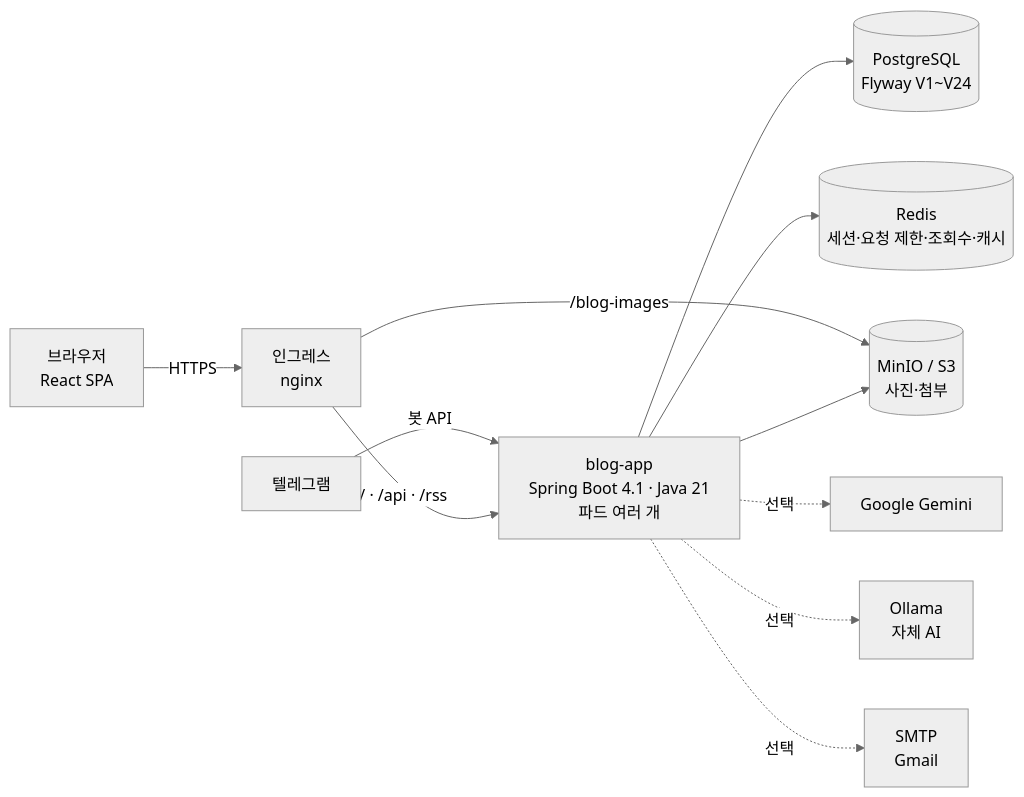
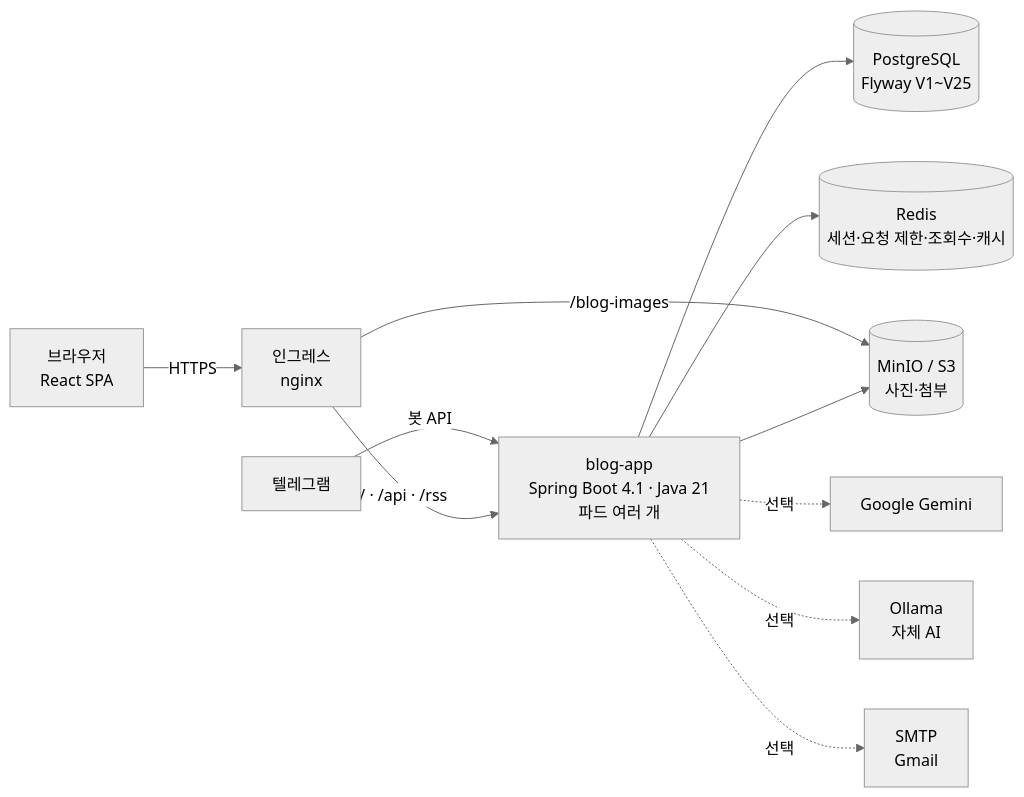
One commit to AIGJ-01-002-blog/.github changed the first of 3 diagrams in profile/README.md. Above: the diagram before and after it, drawn with Mermaid (neutral theme). The commit also changed other lines of this file, not shown here.

````diff
--- a/profile/README.md
+++ b/profile/README.md
@@ -149,13 +149,13 @@
 ```mermaid
 flowchart LR
     B[브라우저<br/>React SPA] -->|HTTPS| I[인그레스<br/>nginx]
     T[텔레그램] -->|봇 API| A
     I -->|/ · /api · /rss| A[blog-app<br/>Spring Boot 4.1 · Java 21<br/>파드 여러 개]
     I -->|/blog-images| M[(MinIO / S3<br/>사진·첨부)]
-    A --> P[(PostgreSQL<br/>Flyway V1~V24)]
+    A --> P[(PostgreSQL<br/>Flyway V1~V25)]
     A --> R[(Redis<br/>세션·요청 제한·조회수·캐시)]
     A --> M
     A -.선택.-> G[Google Gemini]
     A -.선택.-> O[Ollama<br/>자체 AI]
     A -.선택.-> S[SMTP<br/>Gmail]
 ```
````
